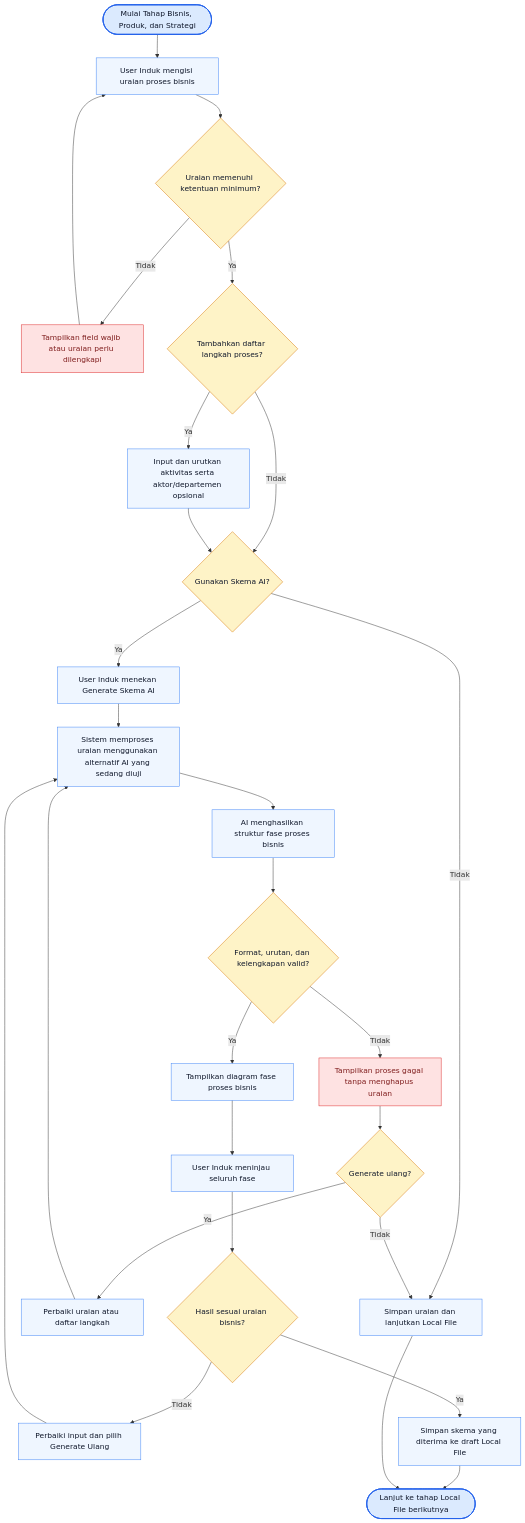
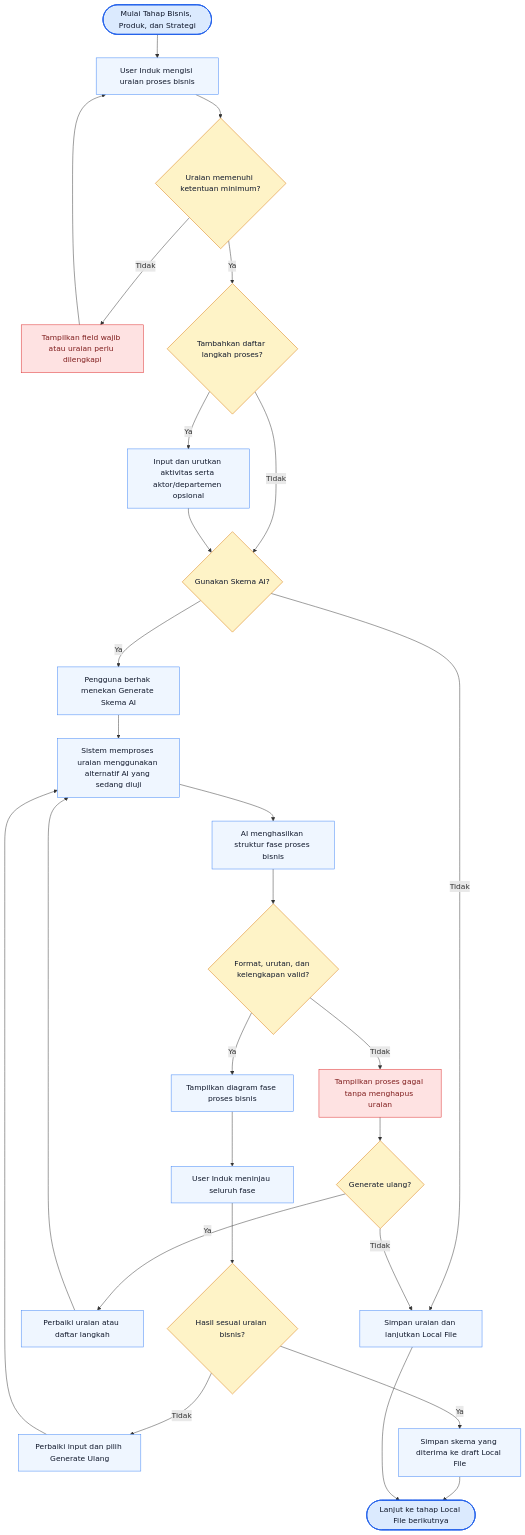
One commit to dayatmuc/tp-docs-documentation changed the first of 3 diagrams in 01-By-System/03-Business-Flow/04-AI-Content-Generation.md. Above: the diagram before and after it, drawn with Mermaid. The commit also changed other lines of this file and 35 other files, not shown here.

````diff
--- a/01-By-System/03-Business-Flow/04-AI-Content-Generation.md
+++ b/01-By-System/03-Business-Flow/04-AI-Content-Generation.md
@@ -24,38 +24,38 @@
 ```mermaid
 flowchart TD
     AI_START([Mulai Tahap Bisnis, Produk, dan Strategi]) --> AI_DESCRIPTION[User Induk mengisi uraian proses bisnis]
     AI_DESCRIPTION --> AI_VALIDATE{"Uraian memenuhi ketentuan minimum?"}
     AI_VALIDATE -- "Tidak" --> AI_MESSAGE[Tampilkan field wajib atau uraian perlu dilengkapi]
     AI_MESSAGE --> AI_DESCRIPTION
     AI_VALIDATE -- "Ya" --> AI_STEPS_OPTION{"Tambahkan daftar langkah proses?"}
     AI_STEPS_OPTION -- "Ya" --> AI_STEPS[Input dan urutkan aktivitas serta aktor/departemen opsional]
     AI_STEPS_OPTION -- "Tidak" --> AI_OPTION{"Gunakan Skema AI?"}
     AI_STEPS --> AI_OPTION
     AI_OPTION -- "Tidak" --> AI_SAVE_DESCRIPTION[Simpan uraian dan lanjutkan Local File]
-    AI_OPTION -- "Ya" --> AI_BUTTON[User Induk menekan Generate Skema AI]
+    AI_OPTION -- "Ya" --> AI_BUTTON[Pengguna berhak menekan Generate Skema AI]
     AI_BUTTON --> AI_PROCESS[Sistem memproses uraian menggunakan alternatif AI yang sedang diuji]
     AI_PROCESS --> AI_OUTPUT[AI menghasilkan struktur fase proses bisnis]
     AI_OUTPUT --> AI_FORMAT{"Format, urutan, dan kelengkapan valid?"}
     AI_FORMAT -- "Tidak" --> AI_FAILURE[Tampilkan proses gagal tanpa menghapus uraian]
     AI_FAILURE --> AI_RETRY{"Generate ulang?"}
     AI_RETRY -- "Tidak" --> AI_SAVE_DESCRIPTION
     AI_RETRY -- "Ya" --> AI_REVISE[Perbaiki uraian atau daftar langkah]
     AI_REVISE --> AI_PROCESS
     AI_FORMAT -- "Ya" --> AI_DIAGRAM[Tampilkan diagram fase proses bisnis]
     AI_DIAGRAM --> AI_REVIEW[User Induk meninjau seluruh fase]
     AI_REVIEW --> AI_ACCEPT{"Hasil sesuai uraian bisnis?"}
     AI_ACCEPT -- "Tidak" --> AI_REGENERATE[Perbaiki input dan pilih Generate Ulang]
     AI_REGENERATE --> AI_PROCESS
     AI_ACCEPT -- "Ya" --> AI_SAVE[Simpan skema yang diterima ke draft Local File]
     AI_SAVE --> AI_NEXT([Lanjut ke tahap Local File berikutnya])
     AI_SAVE_DESCRIPTION --> AI_NEXT
 
     classDef startend fill:#dbeafe,stroke:#2563eb,color:#0f172a,stroke-width:2px;
     classDef process fill:#eff6ff,stroke:#3b82f6,color:#0f172a;
     classDef decision fill:#fef3c7,stroke:#d97706,color:#0f172a;
     classDef exception fill:#fee2e2,stroke:#dc2626,color:#7f1d1d;
     class AI_START,AI_NEXT startend;
     class AI_DESCRIPTION,AI_STEPS,AI_SAVE_DESCRIPTION,AI_BUTTON,AI_PROCESS,AI_OUTPUT,AI_DIAGRAM,AI_REVIEW,AI_REVISE,AI_REGENERATE,AI_SAVE process;
     class AI_VALIDATE,AI_STEPS_OPTION,AI_OPTION,AI_FORMAT,AI_RETRY,AI_ACCEPT decision;
     class AI_MESSAGE,AI_FAILURE exception;
 ```
````
